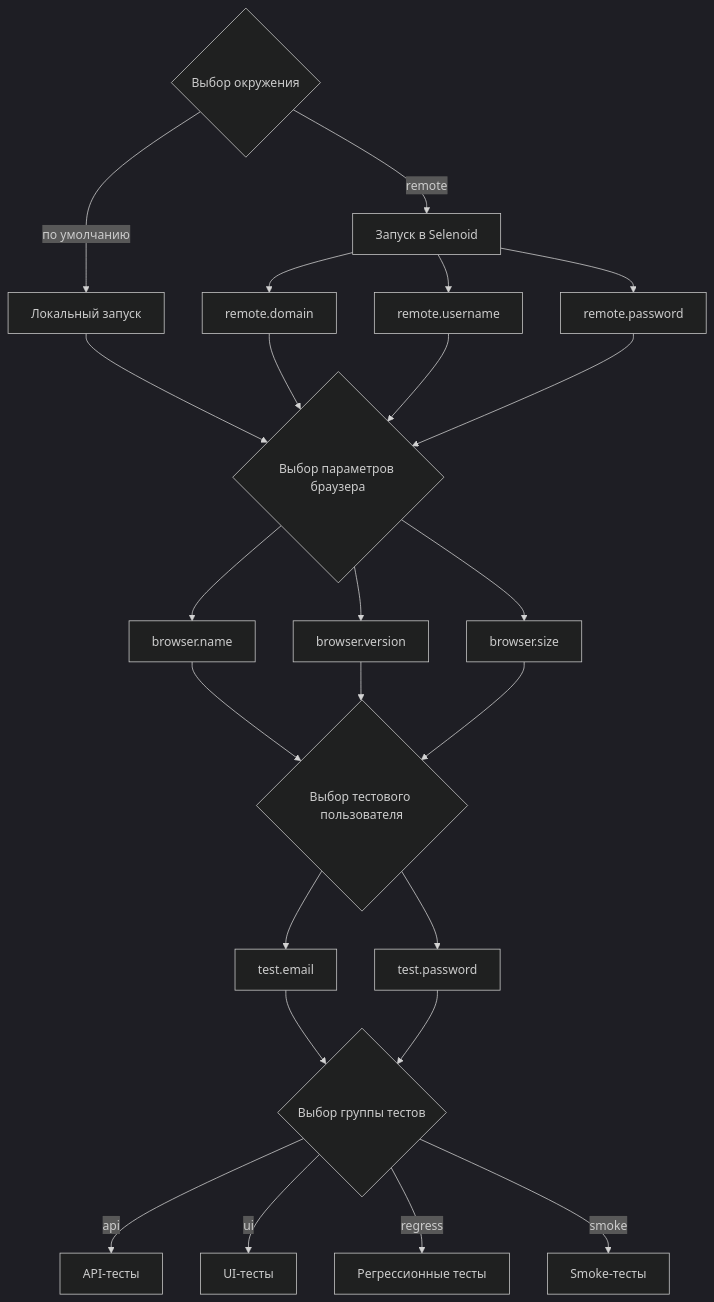
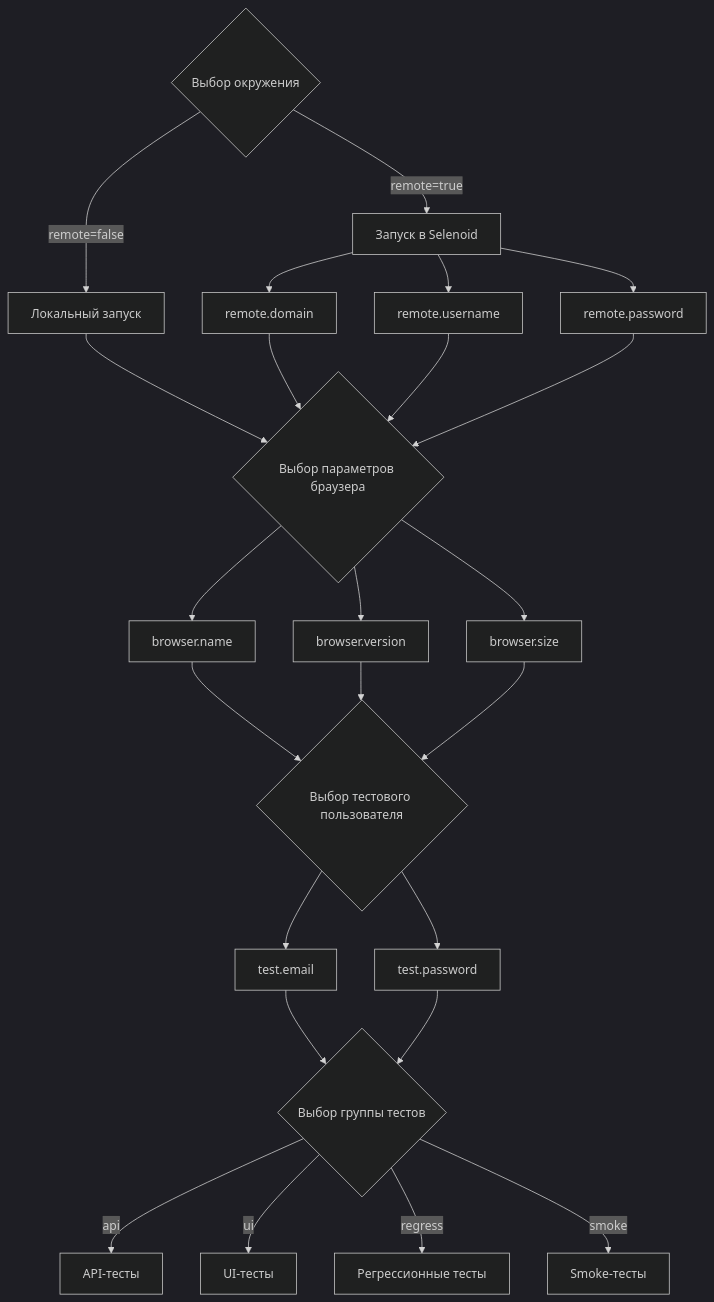
The diagram in README.md (sergivonavi/azbooka-at), drawn with Mermaid (dark theme) before and after one commit. The commit also changed other lines of this file and 2 other files, not shown here.

````diff
--- a/README.md
+++ b/README.md
@@ -186,33 +186,33 @@
 ```mermaid
 flowchart TD
-    A{Выбор окружения} --> |по умолчанию| B[Локальный запуск]
-    A --> |remote| C[Запуск в Selenoid]
+    A{Выбор окружения} --> |remote=false| B[Локальный запуск]
+    A --> |remote=true| C[Запуск в Selenoid]
 
     C --> C1[remote.domain]
     C --> C2[remote.username]
     C --> C3[remote.password]
 
     B --> D{Выбор параметров браузера}
     C1 --> D
     C2 --> D
     C3 --> D
 
     D --> D1[browser.name]
     D --> D2[browser.version]
     D --> D3[browser.size]
 
     D1 --> J{Выбор тестового пользователя}
     D2 --> J
     D3 --> J
 
     J --> J1[test.email]
     J --> J2[test.password]
 
     J1 --> E{Выбор группы тестов}
     J2 --> E
 
     E --> |api| F[API-тесты]
     E --> |ui| G[UI-тесты]
     E --> |regress| H[Регрессионные тесты]
     E --> |smoke| I[Smoke-тесты]
 ```
````
